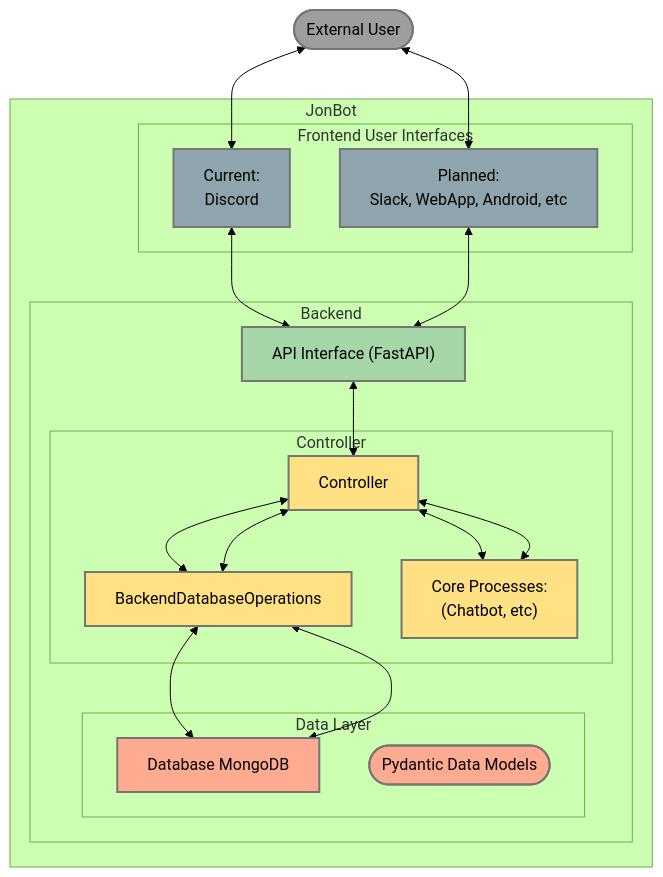
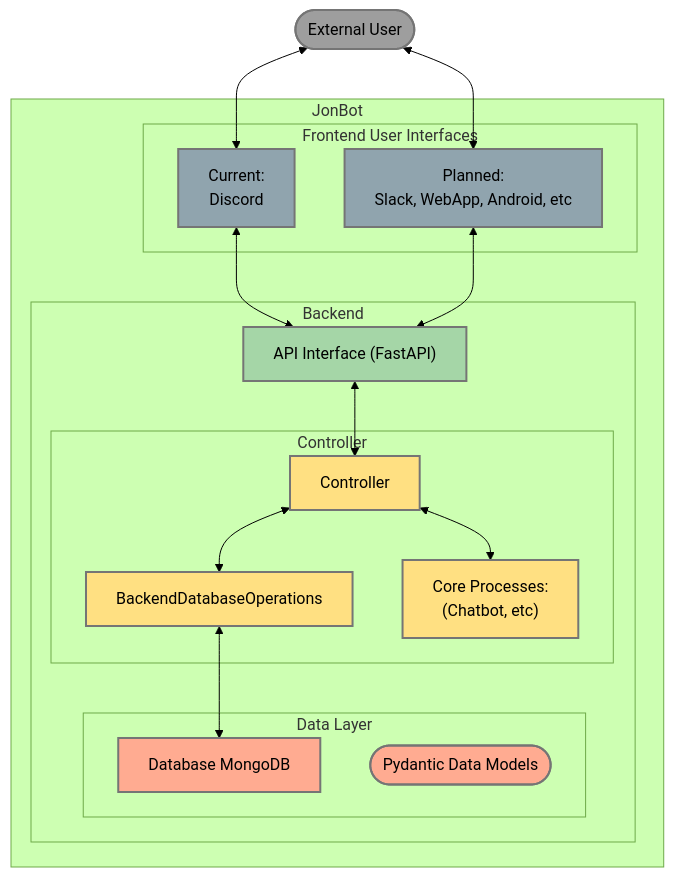
The diagram in README.md (jonmatthis/jonbot), drawn with Mermaid (forest theme) before and after one commit.

````diff
--- a/README.md
+++ b/README.md
@@ -55,43 +55,41 @@
 ```mermaid
 graph TD
     classDef actor fill: #9E9E9E, stroke: #757575, stroke-width: 2px, color: #000, rounding: 5px;
     classDef interface fill: #90A4AE, stroke: #757575, stroke-width: 2px, color: #000, rounding: 5px;
     classDef api fill: #A5D6A7, stroke: #757575, stroke-width: 2px, color: #000, rounding: 5px;
     classDef core fill: #FFE082, stroke: #757575, stroke-width: 2px, color: #000, rounding: 5px;
     classDef data fill: #FFAB91, stroke: #757575, stroke-width: 2px, color: #000, rounding: 5px;
     A(["External User"]):::actor
 
     subgraph JonBot
         subgraph Frontend User Interfaces
             B1["Current:\nDiscord"]:::interface
             B2["Planned:\nSlack, WebApp, Android, etc"]:::interface
         end
 
         subgraph Backend
             C["API Interface (FastAPI)"]:::api
 
             subgraph Controller
                 D["Controller"]:::core
                 E["BackendDatabaseOperations"]:::core
                 F["Core Processes:\n(Chatbot, etc)"]:::core
             end
 
             subgraph Data Layer
                 G["Database MongoDB"]:::data
                 H(["Pydantic Data Models"]):::data
             end
         end
 
     end
     A <--> B1
     A <--> B2
     B1 <--> C
     B2 <--> C
     C <--> D
     D <--> E
-    E <--> D
     D <--> F
-    F <--> D
     E <--> G
-    G <--> E
+
 ```
````
